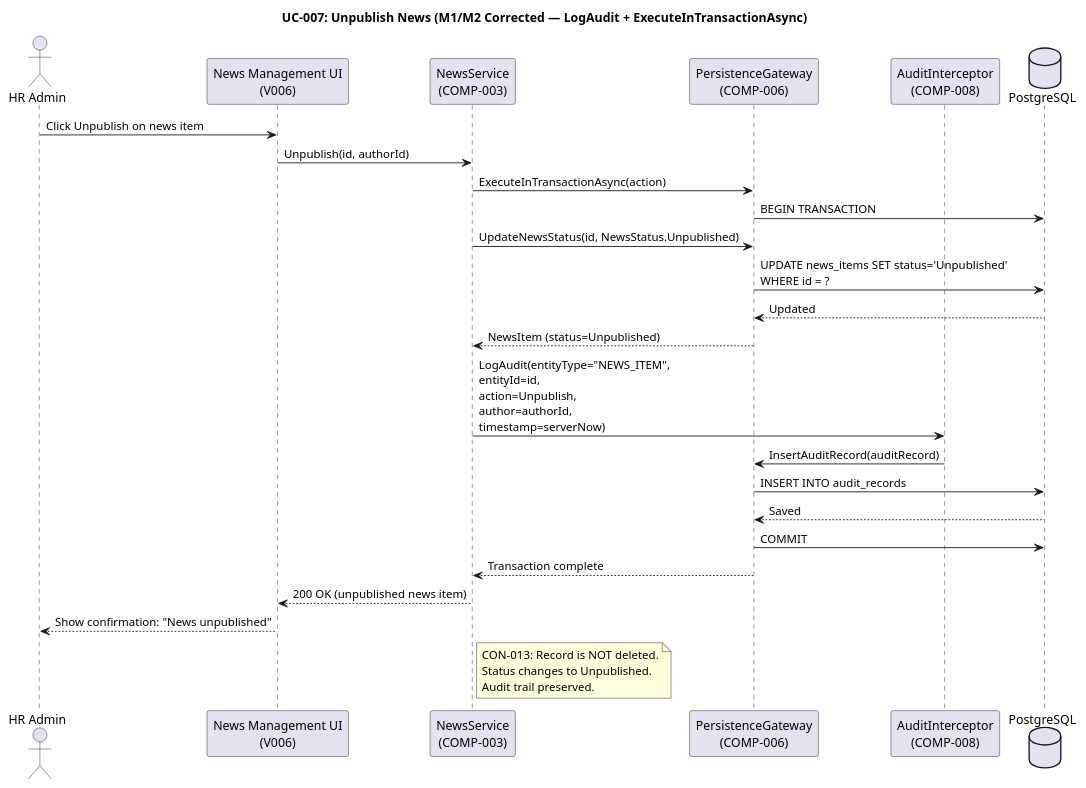
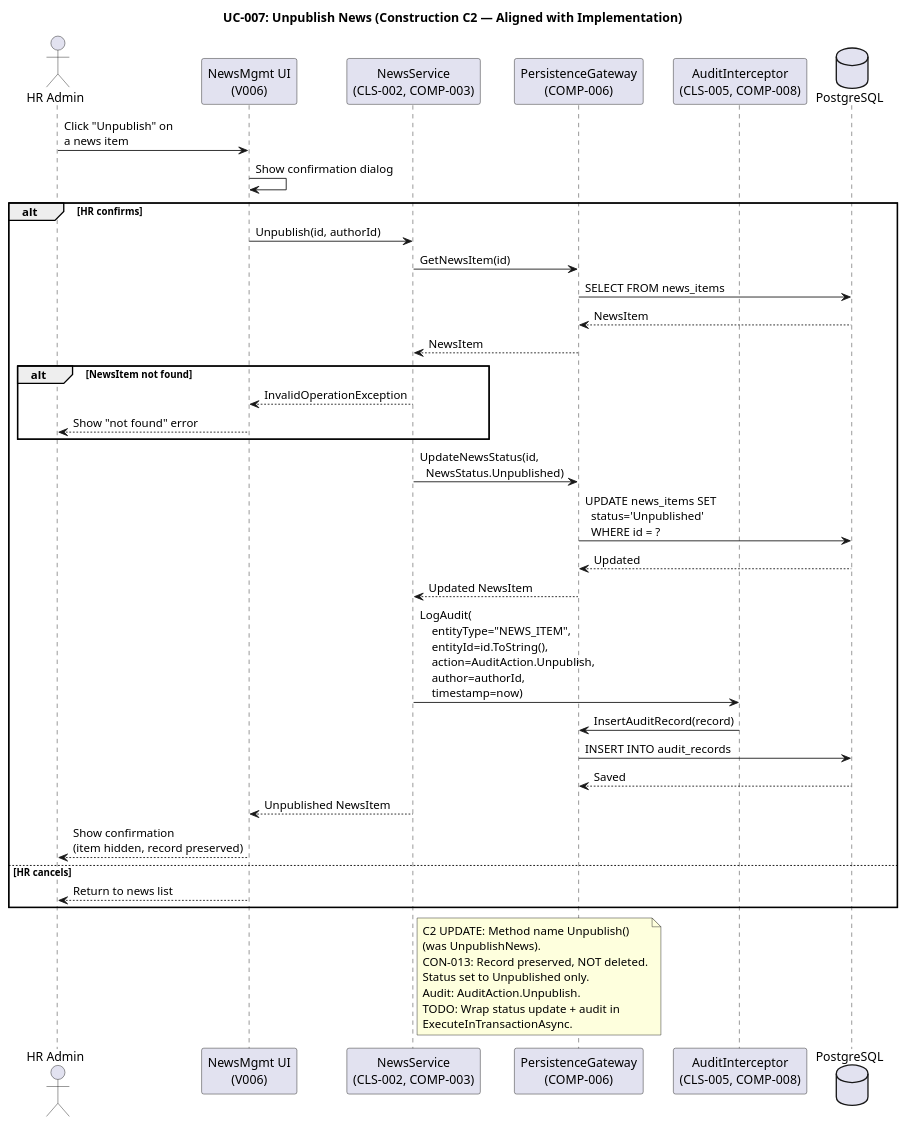
The eighth of 33 diagrams in docs/artifacts/analysis---design/design-model.md (banense-test/portal-cuba-corp), drawn with PlantUML before and after one commit. The commit also changed other lines of this file, not shown here.

````diff
--- a/docs/artifacts/analysis---design/design-model.md
+++ b/docs/artifacts/analysis---design/design-model.md
@@ -534,41 +602,55 @@
 ```plantuml
 @startuml
-title UC-007: Unpublish News (M1/M2 Corrected — LogAudit + ExecuteInTransactionAsync)
+title UC-007: Unpublish News (Construction C2 — Aligned with Implementation)
 
 actor "HR Admin" as HR
-participant "News Management UI\n(V006)" as UI
-participant "NewsService\n(COMP-003)" as SVC
+participant "NewsMgmt UI\n(V006)" as UI
+participant "NewsService\n(CLS-002, COMP-003)" as SVC
 participant "PersistenceGateway\n(COMP-006)" as DB
-participant "AuditInterceptor\n(COMP-008)" as AUDIT
+participant "AuditInterceptor\n(CLS-005, COMP-008)" as AUDIT
 database "PostgreSQL" as PG
 
-HR -> UI : Click Unpublish on news item
-UI -> SVC : Unpublish(id, authorId)
+HR -> UI : Click "Unpublish" on\na news item
+UI -> UI : Show confirmation dialog
 
-SVC -> DB : ExecuteInTransactionAsync(action)
-DB -> PG : BEGIN TRANSACTION
+alt HR confirms
+  UI -> SVC : Unpublish(id, authorId)
 
-SVC -> DB : UpdateNewsStatus(id, NewsStatus.Unpublished)
-DB -> PG : UPDATE news_items SET status='Unpublished'\nWHERE id = ?
-PG --> DB : Updated
-DB --> SVC : NewsItem (status=Unpublished)
+  SVC -> DB : GetNewsItem(id)
+  DB -> PG : SELECT FROM news_items
+  PG --> DB : NewsItem
+  DB --> SVC : NewsItem
 
-SVC -> AUDIT : LogAudit(entityType="NEWS_ITEM",\nentityId=id,\naction=Unpublish,\nauthor=authorId,\ntimestamp=serverNow)
-AUDIT -> DB : InsertAuditRecord(auditRecord)
-DB -> PG : INSERT INTO audit_records
-PG --> DB : Saved
+  alt NewsItem not found
+    SVC --> UI : InvalidOperationException
+    UI --> HR : Show "not found" error
+  end
 
-DB -> PG : COMMIT
-DB --> SVC : Transaction complete
+  SVC -> DB : UpdateNewsStatus(id,\n  NewsStatus.Unpublished)
+  DB -> PG : UPDATE news_items SET\n  status='Unpublished'\n  WHERE id = ?
+  PG --> DB : Updated
+  DB --> SVC : Updated NewsItem
 
-SVC --> UI : 200 OK (unpublished news item)
-UI --> HR : Show confirmation: "News unpublished"
+  SVC -> AUDIT : LogAudit(\n    entityType="NEWS_ITEM",\n    entityId=id.ToString(),\n    action=AuditAction.Unpublish,\n    author=authorId,\n    timestamp=now)
+  AUDIT -> DB : InsertAuditRecord(record)
+  DB -> PG : INSERT INTO audit_records
+  PG --> DB : Saved
+
+  SVC --> UI : Unpublished NewsItem
+  UI --> HR : Show confirmation\n(item hidden, record preserved)
+else HR cancels
+  UI --> HR : Return to news list
+end
 
 note right of SVC
-  CON-013: Record is NOT deleted.
-  Status changes to Unpublished.
-  Audit trail preserved.
+  C2 UPDATE: Method name Unpublish()
+  (was UnpublishNews).
+  CON-013: Record preserved, NOT deleted.
+  Status set to Unpublished only.
+  Audit: AuditAction.Unpublish.
+  TODO: Wrap status update + audit in
+  ExecuteInTransactionAsync.
 end note
 
 @enduml
 ```
````
